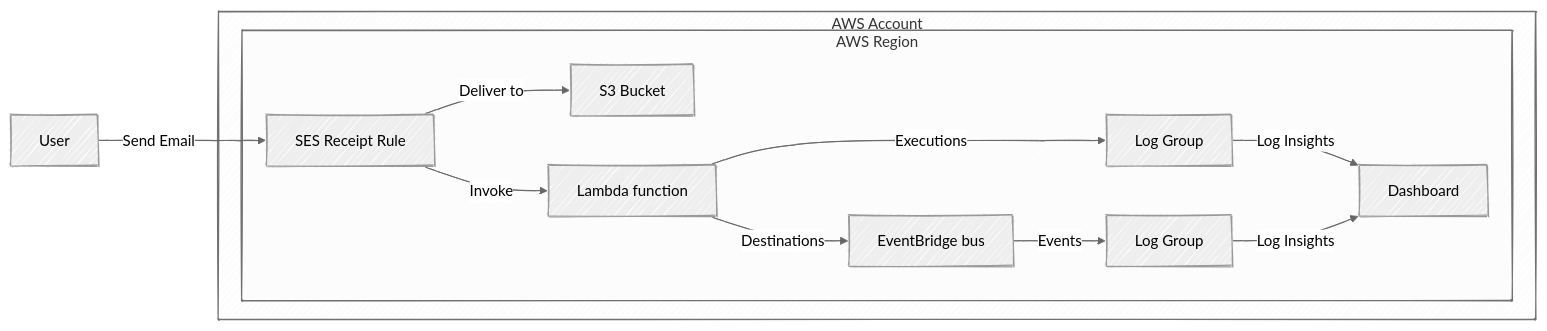
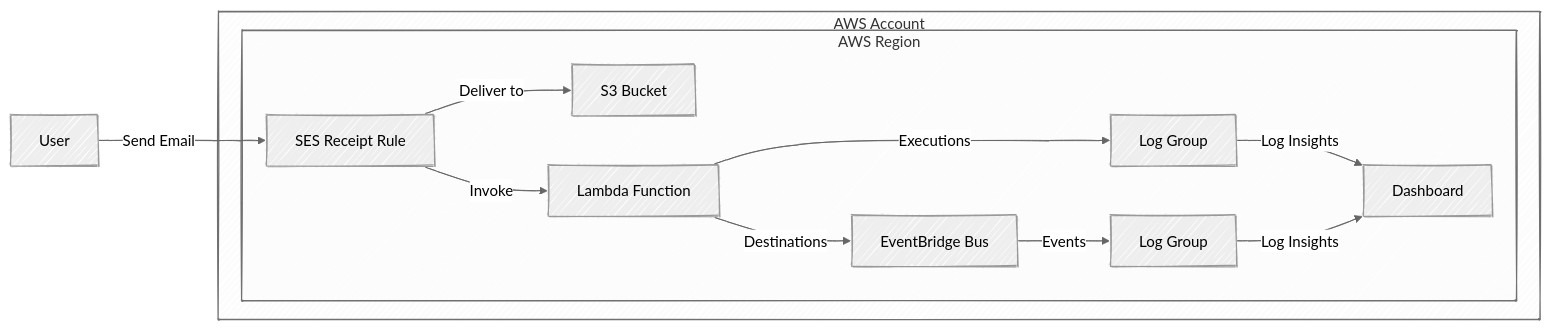
The diagram in README.md (ServerlessNinja/aws-email-wrangler), drawn with Mermaid before and after one commit. The commit also changed other lines of this file, not shown here.

````diff
--- a/README.md
+++ b/README.md
@@ -20,28 +20,28 @@
 ```mermaid
 ---
 config:
   theme: neutral
   layout: dagre
   look: handDrawn
 ---
 flowchart LR
  subgraph AWS["AWS Account"]
     subgraph AWSR["AWS Region"]
         SES["SES Receipt Rule"]
         S3["S3 Bucket"]
-        Lambda["Lambda function"]
-        EventBus["EventBridge bus"]
+        Lambda["Lambda Function"]
+        EventBus["EventBridge Bus"]
         Logs1["Log Group"]
         Logs2["Log Group"]
         Dashboard["Dashboard"]
     end
   end
     User["User"] -- Send Email --> SES
     SES -- Deliver to --> S3
     SES -- Invoke --> Lambda
     Lambda -- Destinations --> EventBus
     Lambda -- Executions --> Logs1
     EventBus -- Events --> Logs2
     Logs1 -- Log Insights --> Dashboard
     Logs2 -- Log Insights --> Dashboard
 ```
````
